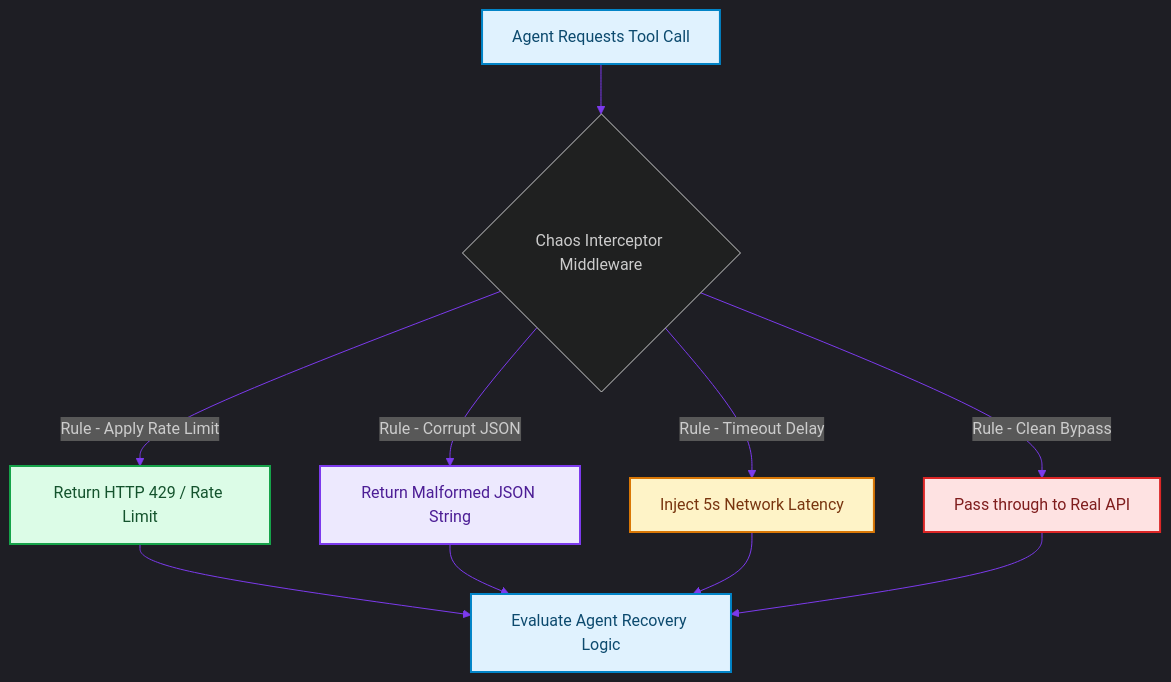
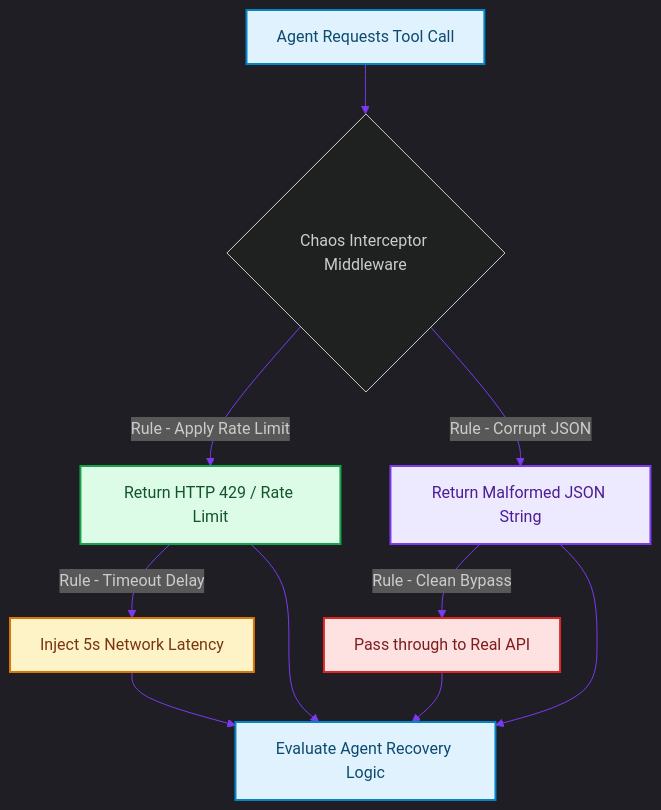
One commit to akmalkhaniub/akmalkhaniub.github.io changed the diagram in blog/posts/system-design-chaos-engineering-agent-failures.md. Above: the diagram before and after it, drawn with Mermaid. The commit also changed 894 other files, not shown here.

Commit message:
feat(blog): upgrade all 444 posts with unique staggered dates, 2-col Mermaid spines, benchmark tables, code blocks, and trade-offs

````diff
--- a/blog/posts/system-design-chaos-engineering-agent-failures.md
+++ b/blog/posts/system-design-chaos-engineering-agent-failures.md
@@ -20,26 +20,26 @@
 ```mermaid
 %%{init: {'theme': 'dark', 'themeVariables': { 'primaryColor': '#7c3aed', 'primaryTextColor': '#f3f4f6', 'primaryBorderColor': '#a78bfa', 'lineColor': '#7c3aed', 'secondaryColor': '#111827', 'tertiaryColor': '#0b0f19'}}}%%
 flowchart TD
     Agent["Agent Requests Tool Call"] --> Interceptor{Chaos Interceptor Middleware}
     
     Interceptor -->|Rule - Apply Rate Limit| Mock429["Return HTTP 429 / Rate Limit"]
     Interceptor -->|Rule - Corrupt JSON| MockCorrupt["Return Malformed JSON String"]
-    Interceptor -->|Rule - Timeout Delay| Delay["Inject 5s Network Latency"]
-    Interceptor -->|Rule - Clean Bypass| API["Pass through to Real API"]
+    Mock429 --> |Rule - Timeout Delay| Delay["Inject 5s Network Latency"]
+    MockCorrupt --> |Rule - Clean Bypass| API["Pass through to Real API"]
     
     Mock429 --> Eval["Evaluate Agent Recovery Logic"]
     MockCorrupt --> Eval
     Delay --> Eval
     API --> Eval
 
 classDef green fill:#dcfce7,stroke:#16a34a,stroke-width:2px,color:#14532d;
 classDef red fill:#fee2e2,stroke:#dc2626,stroke-width:2px,color:#7f1d1d;
 classDef blue fill:#e0f2fe,stroke:#0284c7,stroke-width:2px,color:#0c4a6e;
 classDef yellow fill:#fef3c7,stroke:#d97706,stroke-width:2px,color:#78350f;
 classDef purple fill:#ede9fe,stroke:#7c3aed,stroke-width:2px,color:#4c1d95;
 class Agent,Eval blue
 class Mock429 green
 class MockCorrupt purple
 class Delay yellow
 class API red
 ```
````
